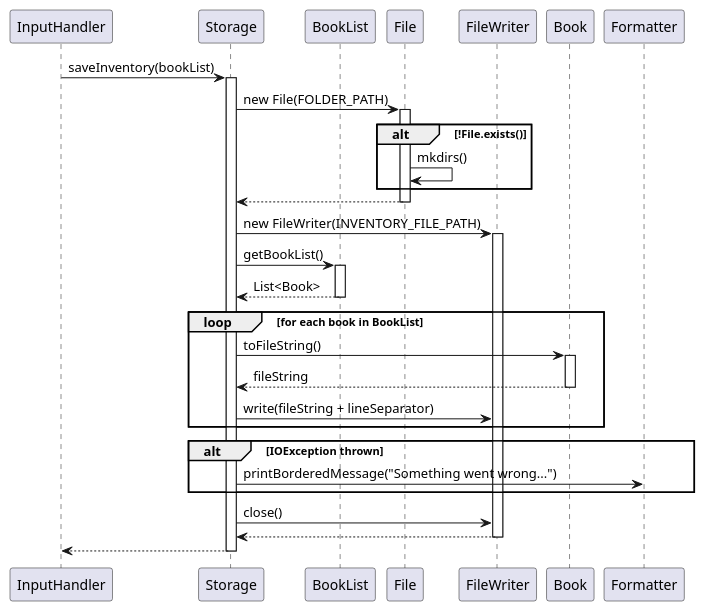
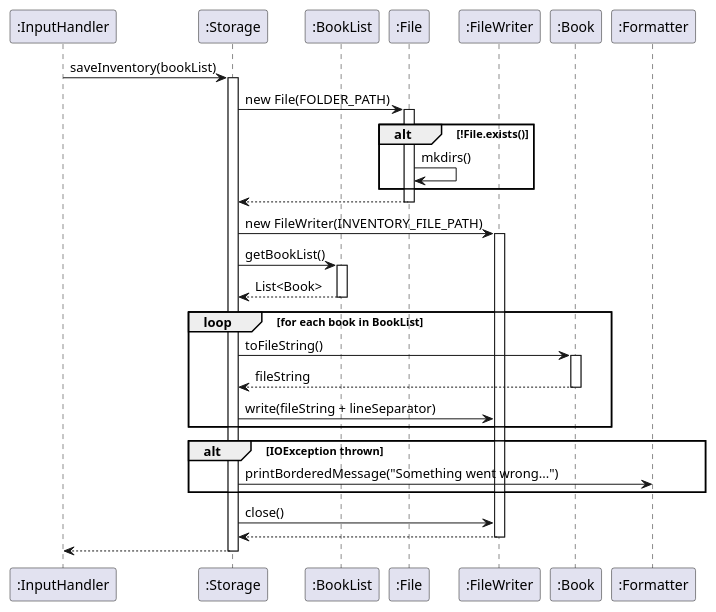
One commit to AY2425S2-CS2113-T12-2/tp changed the diagram in docs/diagrams/saveInventory.puml. Above: the diagram before and after it, drawn with PlantUML. The commit also changed 19 other files, not shown here.

```diff
--- a/docs/diagrams/saveInventory.puml
+++ b/docs/diagrams/saveInventory.puml
@@ -1,50 +1,50 @@
 @startuml
-participant InputHandler
-participant Storage
-participant BookList
-participant File
-participant FileWriter
-participant Book
-participant "Formatter" as Formatter
+participant InputHandler as ":InputHandler"
+participant Storage as ":Storage"
+participant BookList as ":BookList"
+participant File as ":File"
+participant FileWriter as ":FileWriter"
+participant Book as ":Book"
+participant Formatter as ":Formatter"
 
 InputHandler -> Storage: saveInventory(bookList)
 activate Storage
 
 ' Check if directory exists
 Storage -> File: new File(FOLDER_PATH)
 activate File
 alt !File.exists()
     File -> File: mkdirs()
 end
 File --> Storage
 deactivate File
 
 ' Create FileWriter for INVENTORY_FILE_PATH
 Storage -> FileWriter: new FileWriter(INVENTORY_FILE_PATH)
 activate FileWriter
 ' Retrieve list of books from BookList
 Storage -> BookList: getBookList()
 activate BookList
 BookList --> Storage: List<Book>
 deactivate BookList
 
 ' Loop through each Book and write its file string
 loop for each book in BookList
     Storage -> Book: toFileString()
     activate Book
     Book --> Storage: fileString
     deactivate Book
     Storage -> FileWriter: write(fileString + lineSeparator)
 end
 
 ' Exception handling if IOException occurs
 alt IOException thrown
     Storage -> Formatter: printBorderedMessage("Something went wrong...")
 end
 ' Close the FileWriter
 Storage -> FileWriter: close()
 FileWriter --> Storage
 deactivate FileWriter
 Storage --> InputHandler
 deactivate Storage
 @enduml
```
